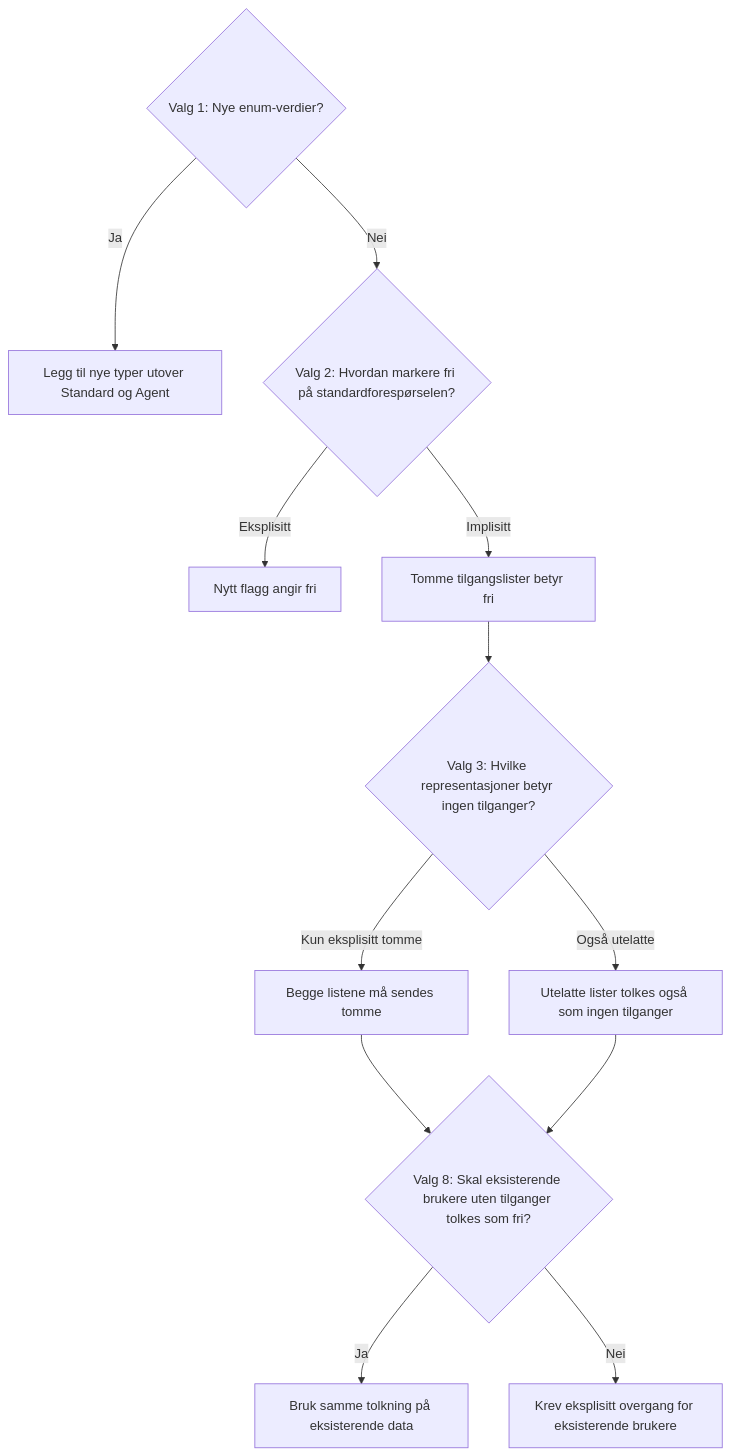
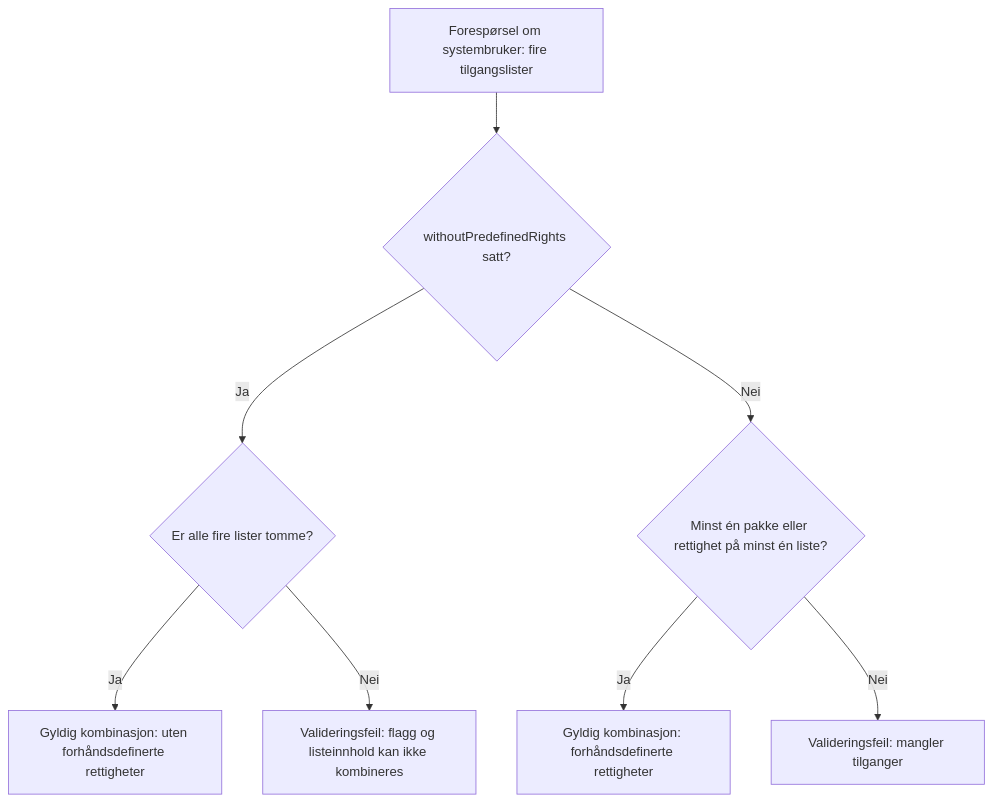
One commit to Altinn/altinn-studio-docs changed the first of 4 diagrams in content/authorization/guides/system-vendor/system-user/beslutningstre.nb.md. Above: the diagram before and after it, drawn with Mermaid. The commit also changed other lines of this file and 5 other files, not shown here.

```diff
--- a/content/authorization/guides/system-vendor/system-user/beslutningstre.nb.md
+++ b/content/authorization/guides/system-vendor/system-user/beslutningstre.nb.md
@@ -26,15 +24,10 @@
 {{< mermaid >}}
 graph TD
-  V1{"Valg 1: Nye enum-verdier?"}
-  V1 -->|Ja| NEW["Legg til nye typer utover Standard og Agent"]
-  V1 -->|Nei| V2{"Valg 2: Hvordan markere fri på standardforespørselen?"}
-  V2 -->|Eksplisitt| FLAG["Nytt flagg angir fri"]
-  V2 -->|Implisitt| EMPTY["Tomme tilgangslister betyr fri"]
-  EMPTY --> V3{"Valg 3: Hvilke representasjoner betyr ingen tilganger?"}
-  V3 -->|Kun eksplisitt tomme| BOTH["Begge listene må sendes tomme"]
-  V3 -->|Også utelatte| OMIT["Utelatte lister tolkes også som ingen tilganger"]
-  BOTH --> V8{"Valg 8: Skal eksisterende brukere uten tilganger tolkes som fri?"}
-  OMIT --> V8
-  V8 -->|Ja| AUTO["Bruk samme tolkning på eksisterende data"]
-  V8 -->|Nei| MIGRATE["Krev eksplisitt overgang for eksisterende brukere"]
+  REQUEST["Forespørsel om systembruker: fire tilgangslister"] --> FLAG{"withoutPredefinedRights satt?"}
+  FLAG -->|Ja| EMPTY{"Er alle fire lister tomme?"}
+  EMPTY -->|Ja| FREE["Gyldig kombinasjon: uten forhåndsdefinerte rettigheter"]
+  EMPTY -->|Nei| ERROR1["Valideringsfeil: flagg og listeinnhold kan ikke kombineres"]
+  FLAG -->|Nei| CONTENT{"Minst én pakke eller rettighet på minst én liste?"}
+  CONTENT -->|Ja| PRESET["Gyldig kombinasjon: forhåndsdefinerte rettigheter"]
+  CONTENT -->|Nei| ERROR2["Valideringsfeil: mangler tilganger"]
 {{< /mermaid >}}
```
